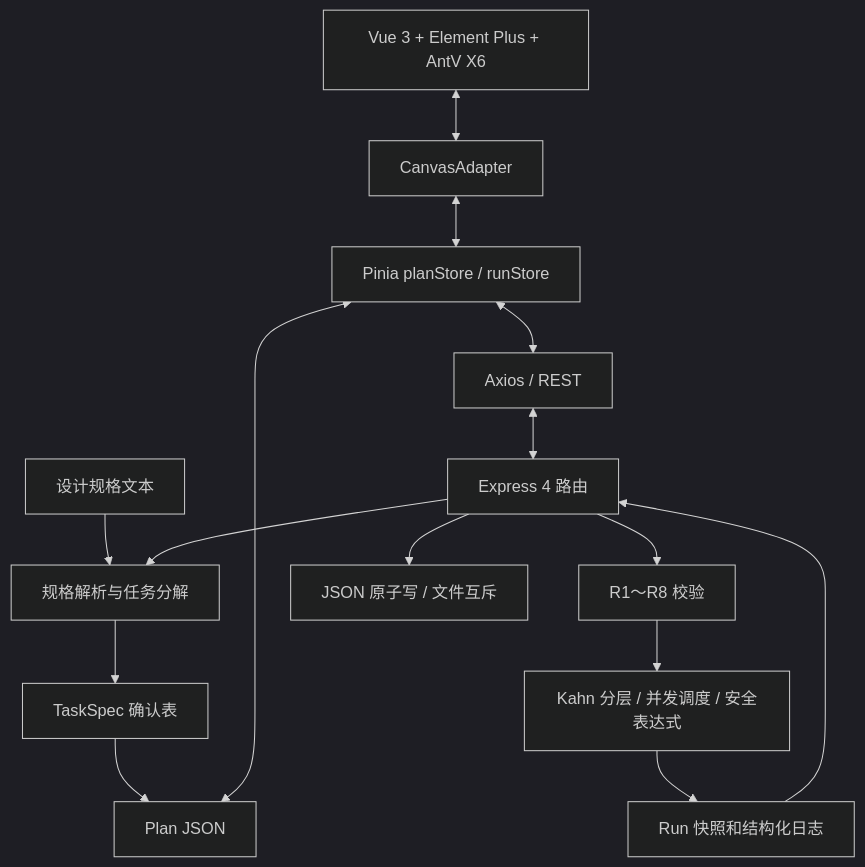
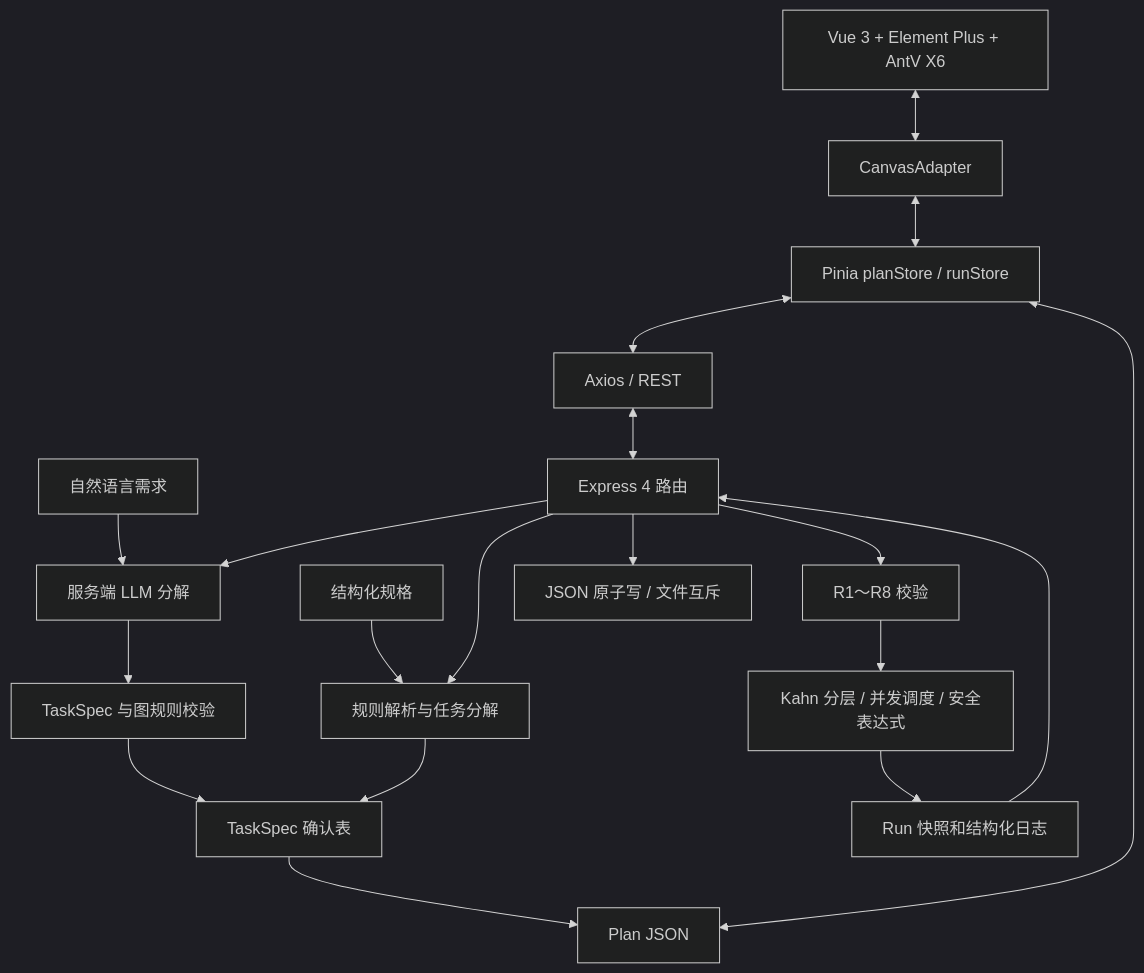
One commit to yhwpxy/bpq changed the diagram in README.md. Above: the diagram before and after it, drawn with Mermaid (dark theme). The commit also changed other lines of this file and 15 other files, not shown here.

````diff
--- a/README.md
+++ b/README.md
@@ -61,17 +92,21 @@
 ```mermaid
 flowchart TB
-  Text[设计规格文本] --> Decomposer[规格解析与任务分解]
+  Text[结构化规格] --> Decomposer[规则解析与任务分解]
+  NaturalText[自然语言需求] --> LLM[服务端 LLM 分解]
+  LLM --> TaskValidation[TaskSpec 与图规则校验]
+  TaskValidation --> TaskSpec
   Decomposer --> TaskSpec[TaskSpec 确认表]
   TaskSpec --> Plan[Plan JSON]
   Canvas[Vue 3 + Element Plus + AntV X6] <--> Adapter[CanvasAdapter]
   Adapter <--> Stores[Pinia planStore / runStore]
   Stores <--> Plan
   Stores <--> Axios[Axios / REST]
   Axios <--> API[Express 4 路由]
   API --> Decomposer
+  API --> LLM
   API --> Validation[R1～R8 校验]
   Validation --> Engine[Kahn 分层 / 并发调度 / 安全表达式]
   Engine --> Run[Run 快照和结构化日志]
   Run --> API
   API --> Storage[JSON 原子写 / 文件互斥]
 ```
````
